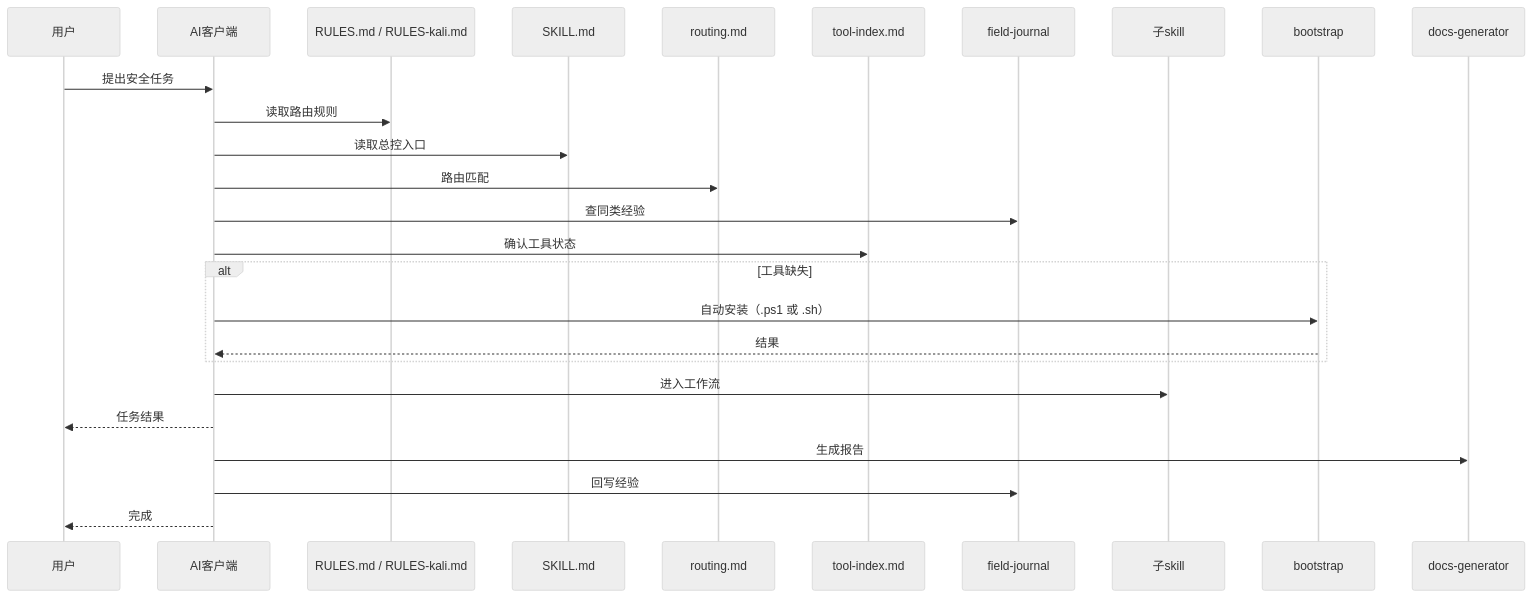
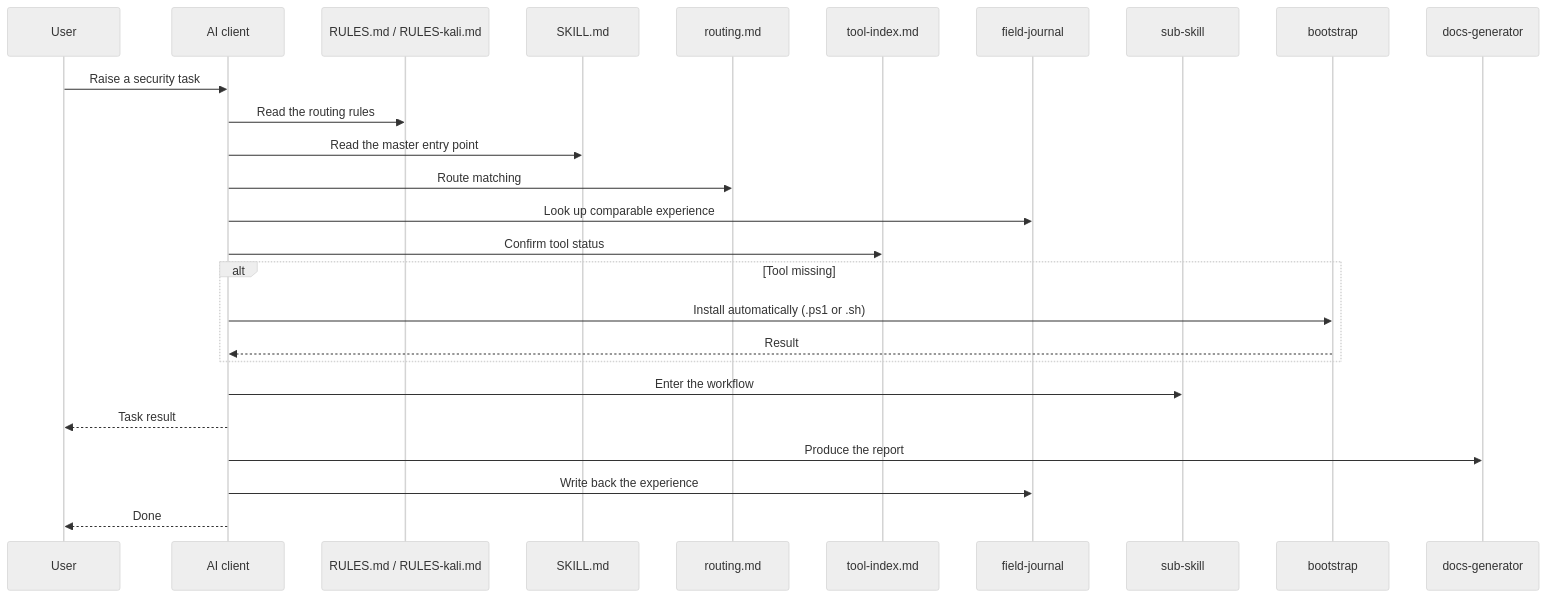
Before and after one commit to dbx0/skills: the seventh of 7 diagrams in skills/_infra/reverse-engineering-ctf-repo/ARCHITECTURE.md, drawn with Mermaid (neutral theme). The commit also changed other lines of this file and 172 other files, not shown here.

Commit message:
Translating chinese skills, adding Report skill and BugCrowd VRT categorization skill

````diff
--- a/skills/_infra/reverse-engineering-ctf-repo/ARCHITECTURE.md
+++ b/skills/_infra/reverse-engineering-ctf-repo/ARCHITECTURE.md
@@ -220,29 +220,29 @@
 ```mermaid
 sequenceDiagram
-    participant U as 用户
-    participant AI as AI客户端
+    participant U as User
+    participant AI as AI client
     participant R as RULES.md / RULES-kali.md
     participant SK as SKILL.md
     participant RT as routing.md
     participant TI as tool-index.md
     participant FJ as field-journal
-    participant SUB as 子skill
+    participant SUB as sub-skill
     participant BS as bootstrap
     participant DOC as docs-generator
 
-    U->>AI: 提出安全任务
-    AI->>R: 读取路由规则
-    AI->>SK: 读取总控入口
-    AI->>RT: 路由匹配
-    AI->>FJ: 查同类经验
-    AI->>TI: 确认工具状态
-    alt 工具缺失
-        AI->>BS: 自动安装（.ps1 或 .sh）
-        BS-->>AI: 结果
+    U->>AI: Raise a security task
+    AI->>R: Read the routing rules
+    AI->>SK: Read the master entry point
+    AI->>RT: Route matching
+    AI->>FJ: Look up comparable experience
+    AI->>TI: Confirm tool status
+    alt Tool missing
+        AI->>BS: Install automatically (.ps1 or .sh)
+        BS-->>AI: Result
     end
-    AI->>SUB: 进入工作流
-    AI-->>U: 任务结果
-    AI->>DOC: 生成报告
-    AI->>FJ: 回写经验
-    AI-->>U: 完成
+    AI->>SUB: Enter the workflow
+    AI-->>U: Task result
+    AI->>DOC: Produce the report
+    AI->>FJ: Write back the experience
+    AI-->>U: Done
 ```
````
